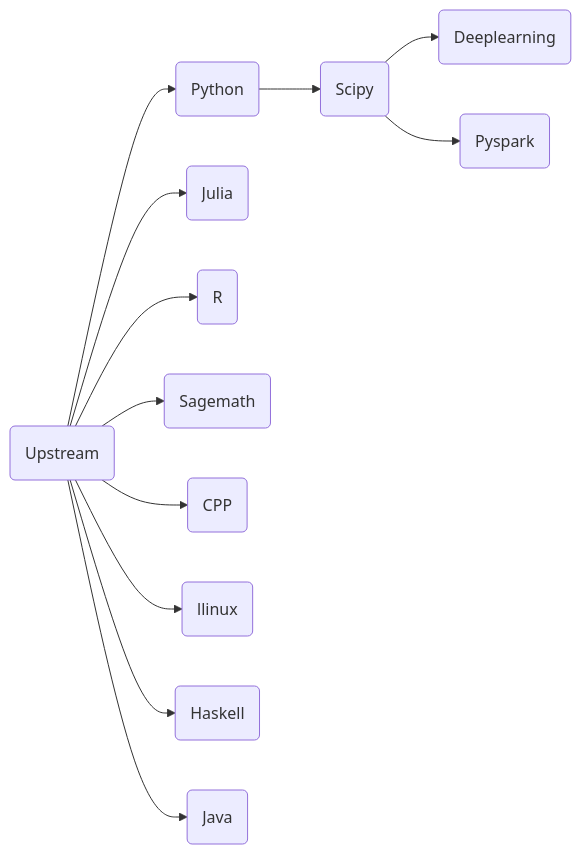
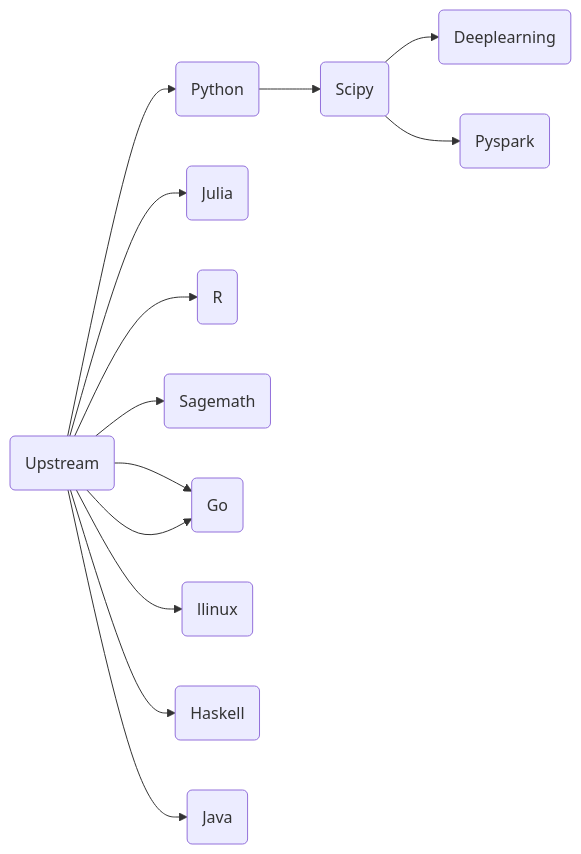
One commit to ben0i0d/jupyter-image-stacks changed the diagram in README.md. Above: the diagram before and after it, drawn with Mermaid. The commit also changed other lines of this file and 2 other files, not shown here.

````diff
--- a/README.md
+++ b/README.md
@@ -73,13 +75,14 @@
 ```mermaid
 graph LR
 A(Upstream)-->B(Python)-->C(Scipy)
 A-->F(Julia)
 A-->G(R)
 A-->H(Sagemath)
 A-->I(CPP)
 A-->J(llinux)
 A-->K(Haskell)
 A-->L(Java)
+A-->I(Go)
 C(Scipy)-->D(Deeplearning)  
 C(Scipy)-->E(Pyspark)  
 ```  
````
